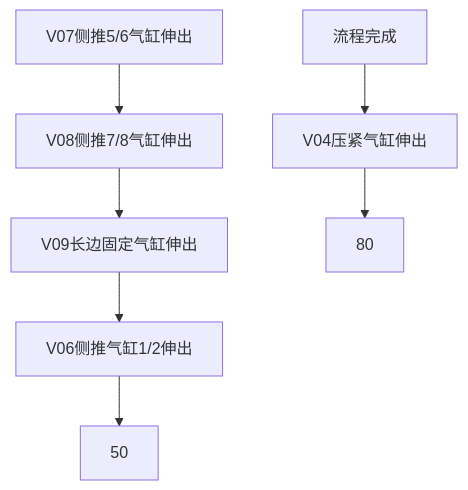
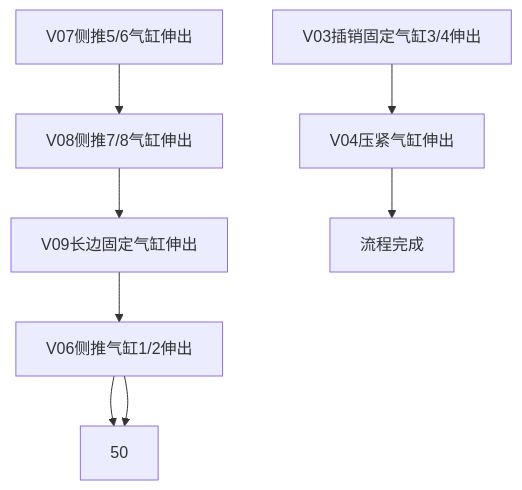
One commit to PengKun1/iodraw-files changed the diagram in all/OP30气缸固定子流程.md. Above: the diagram before and after it, drawn with Mermaid.

Commit message:
2024-08-06 10:00:25 update

````diff
--- a/all/OP30气缸固定子流程.md
+++ b/all/OP30气缸固定子流程.md
@@ -1,11 +1,12 @@
 ```mermaid
 graph TD
 10[V07侧推5/6气缸伸出]-->20
 20[V08侧推7/8气缸伸出]-->30
 30[V09长边固定气缸伸出]-->40
 40[V06侧推气缸1/2伸出]-->50
+40[V06侧推气缸1/2伸出]-->50
 60[V03插销固定气缸3/4伸出]-->70
 70[V04压紧气缸伸出]-->80
-60[流程完成]
+80[流程完成]
   
 ```
````
